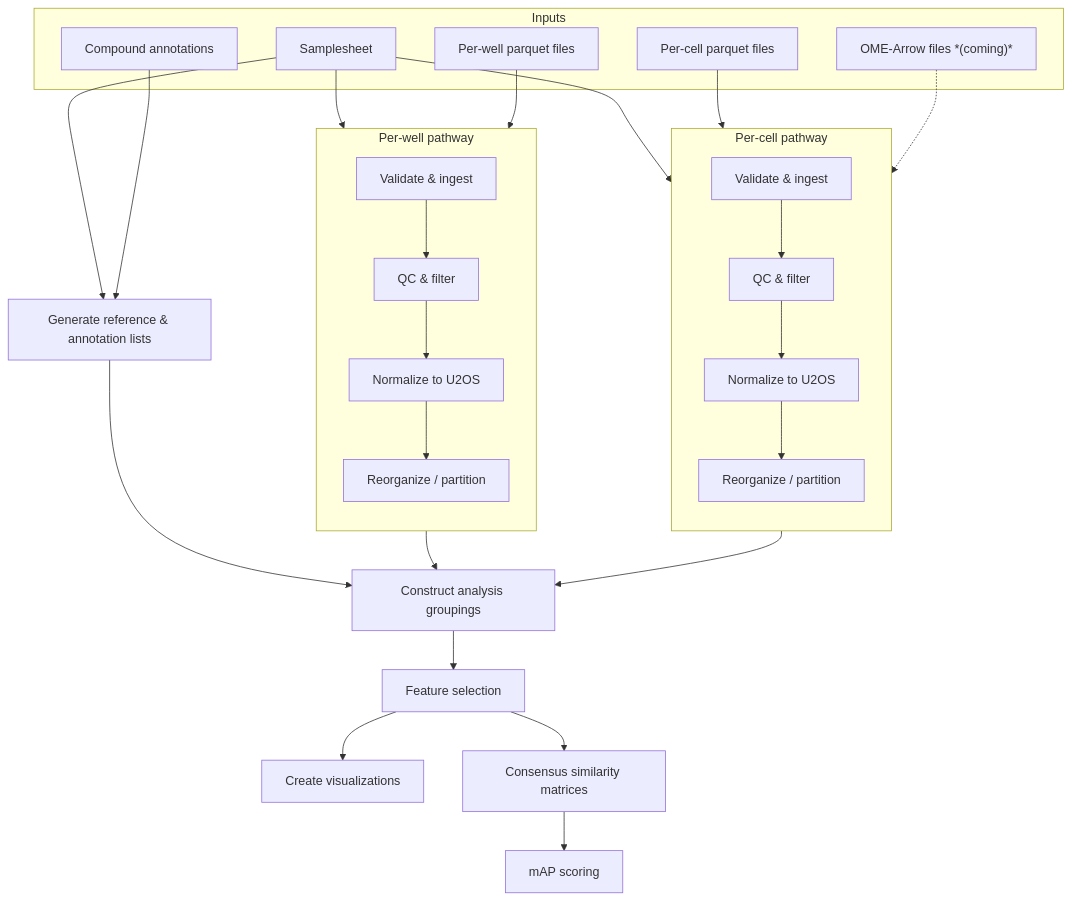
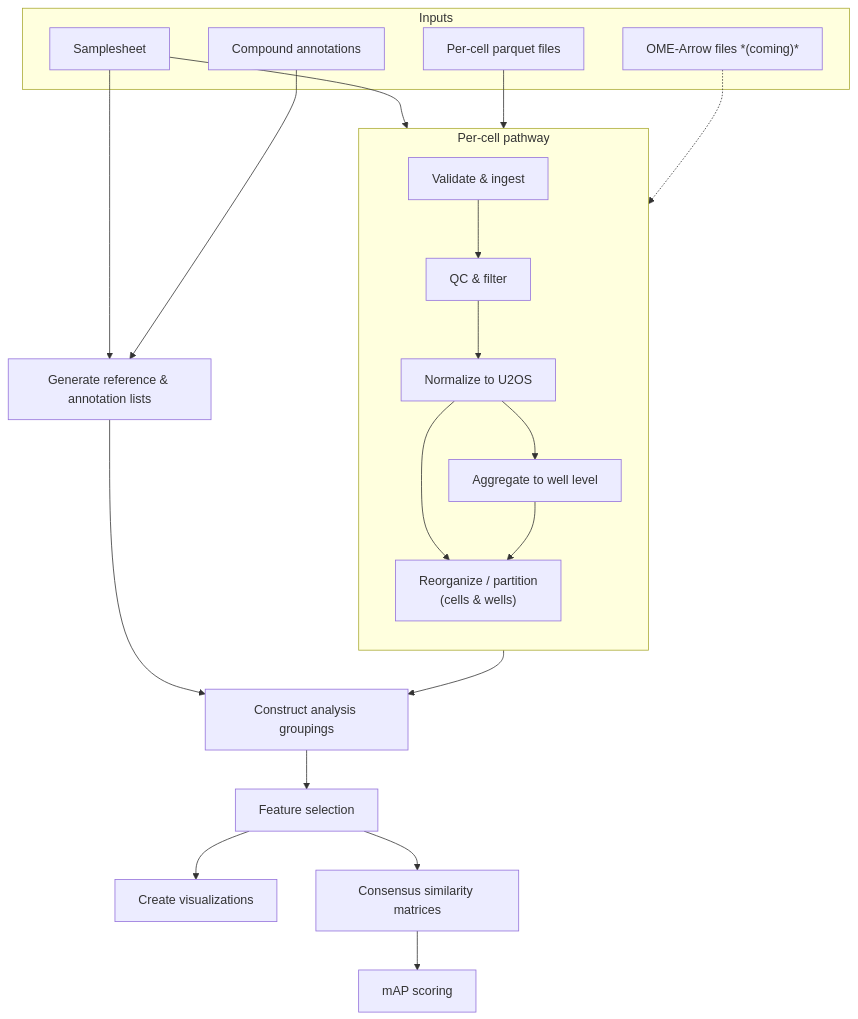
The diagram in planning/outline.md (AlexsLemonade/morphport), drawn with Mermaid before and after one commit. The commit also changed other lines of this file, not shown here.

Commit message:
Make the input all cell-level. Aggregate later

````diff
--- a/planning/outline.md
+++ b/planning/outline.md
@@ -195,41 +213,32 @@
 ```mermaid
 flowchart TD
     subgraph IN["Inputs"]
         SS["Samplesheet"]
         CPQ["Per-cell parquet files"]
-        WPQ["Per-well parquet files"]
         CA["Compound annotations"]
         OA["OME-Arrow files *(coming)*"]
     end
 
     subgraph CELL["Per-cell pathway"]
         direction TB
         VI_C["Validate & ingest"]
         QC_C["QC & filter"]
         N_C["Normalize to U2OS"]
-        P_C["Reorganize / partition"]
-        VI_C --> QC_C --> N_C --> P_C
-    end
-
-    subgraph WELL["Per-well pathway"]
-        direction TB
-        VI_W["Validate & ingest"]
-        QC_W["QC & filter"]
-        N_W["Normalize to U2OS"]
-        P_W["Reorganize / partition"]
-        VI_W --> QC_W --> N_W --> P_W
+        WSM["Aggregate to well level"]
+        P["Reorganize / partition\n(cells & wells)"]
+        VI_C --> QC_C --> N_C --> WSM & P
+        WSM --> P
     end
 
     SS & CPQ --> VI_C
-    SS & WPQ --> VI_W
     OA -.-> VI_C
     SS & CA --> REF["Generate reference & annotation lists"]
 
-    P_C & P_W --> GRP["Construct analysis groupings"]
+    P --> GRP["Construct analysis groupings"]
     REF --> GRP
 
     GRP --> FS["Feature selection"]
     FS --> VIZ["Create visualizations"]
     FS --> SIM["Consensus similarity matrices"]
     SIM --> MAP["mAP scoring"]
 ```
````
